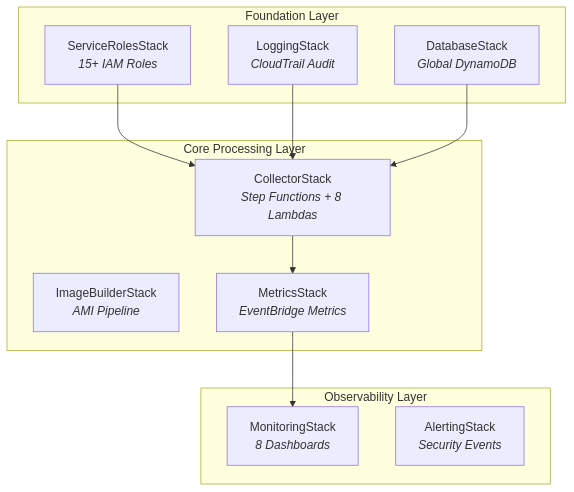
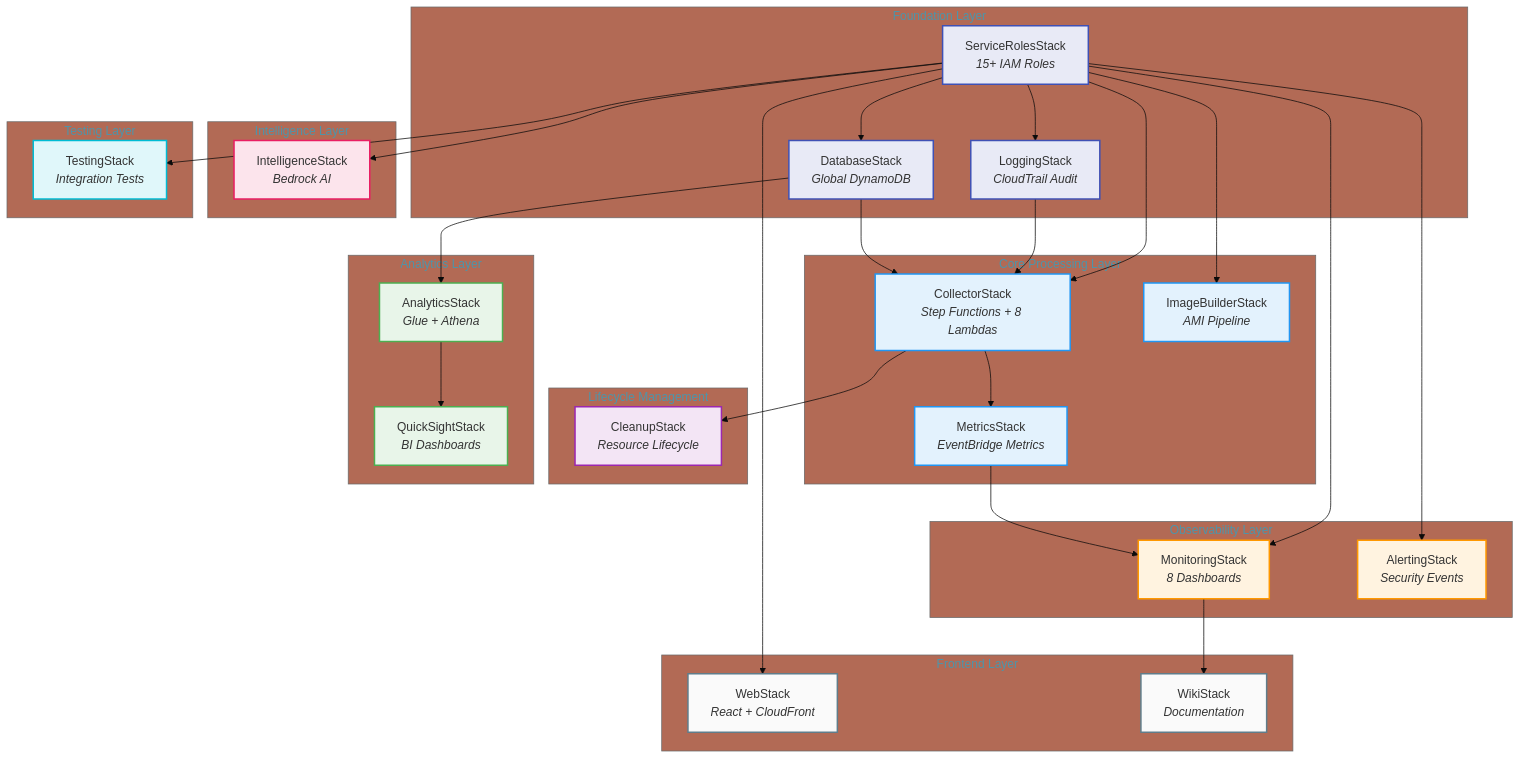
The second of 4 diagrams in .github/pages/case-study.md (Stealinglight/Snapshot-Sleuth), drawn with Mermaid before and after one commit. The commit also changed other lines of this file and 4 other files, not shown here.

First line of the commit message:
Add case study assets: code examples, metrics, and enhanced diagrams

````diff
--- a/.github/pages/case-study.md
+++ b/.github/pages/case-study.md
@@ -112,25 +147,78 @@
 ```mermaid
+%%{init: {'theme': 'base', 'themeVariables': { 'primaryColor': '#4a90a4'}}}%%
 flowchart TB
     subgraph Foundation["Foundation Layer"]
         SR["ServiceRolesStack<br/><i>15+ IAM Roles</i>"]
         LOG["LoggingStack<br/><i>CloudTrail Audit</i>"]
         DB["DatabaseStack<br/><i>Global DynamoDB</i>"]
     end
 
     subgraph Core["Core Processing Layer"]
         COL["CollectorStack<br/><i>Step Functions + 8 Lambdas</i>"]
         IMG["ImageBuilderStack<br/><i>AMI Pipeline</i>"]
         MET["MetricsStack<br/><i>EventBridge Metrics</i>"]
     end
 
     subgraph Observability["Observability Layer"]
         MON["MonitoringStack<br/><i>8 Dashboards</i>"]
         ALERT["AlertingStack<br/><i>Security Events</i>"]
     end
 
+    subgraph Lifecycle["Lifecycle Management"]
+        CLEAN["CleanupStack<br/><i>Resource Lifecycle</i>"]
+    end
+
+    subgraph Analytics["Analytics Layer"]
+        ANA["AnalyticsStack<br/><i>Glue + Athena</i>"]
+        QS["QuickSightStack<br/><i>BI Dashboards</i>"]
+    end
+
+    subgraph Intelligence["Intelligence Layer"]
+        AI["IntelligenceStack<br/><i>Bedrock AI</i>"]
+    end
+
+    subgraph Testing["Testing Layer"]
+        TEST["TestingStack<br/><i>Integration Tests</i>"]
+    end
+
+    subgraph Frontend["Frontend Layer"]
+        WEB["WebStack<br/><i>React + CloudFront</i>"]
+        WIKI["WikiStack<br/><i>Documentation</i>"]
+    end
+
+    SR --> LOG
+    SR --> DB
     SR --> COL
     LOG --> COL
     DB --> COL
+    SR --> IMG
     COL --> MET
+    SR --> MON
     MET --> MON
+    SR --> ALERT
+    COL --> CLEAN
+    DB --> ANA
+    ANA --> QS
+    SR --> AI
+    SR --> TEST
+    SR --> WEB
+    MON --> WIKI
+
+    classDef foundation fill:#e8eaf6,stroke:#3f51b5,stroke-width:2px
+    classDef core fill:#e3f2fd,stroke:#2196f3,stroke-width:2px
+    classDef observe fill:#fff3e0,stroke:#ff9800,stroke-width:2px
+    classDef lifecycle fill:#f3e5f5,stroke:#9c27b0,stroke-width:2px
+    classDef analytics fill:#e8f5e9,stroke:#4caf50,stroke-width:2px
+    classDef intel fill:#fce4ec,stroke:#e91e63,stroke-width:2px
+    classDef testing fill:#e0f7fa,stroke:#00bcd4,stroke-width:2px
+    classDef frontend fill:#fafafa,stroke:#607d8b,stroke-width:2px
+
+    class SR,LOG,DB foundation
+    class COL,IMG,MET core
+    class MON,ALERT observe
+    class CLEAN lifecycle
+    class ANA,QS analytics
+    class AI intel
+    class TEST testing
+    class WEB,WIKI frontend
 ```
````
